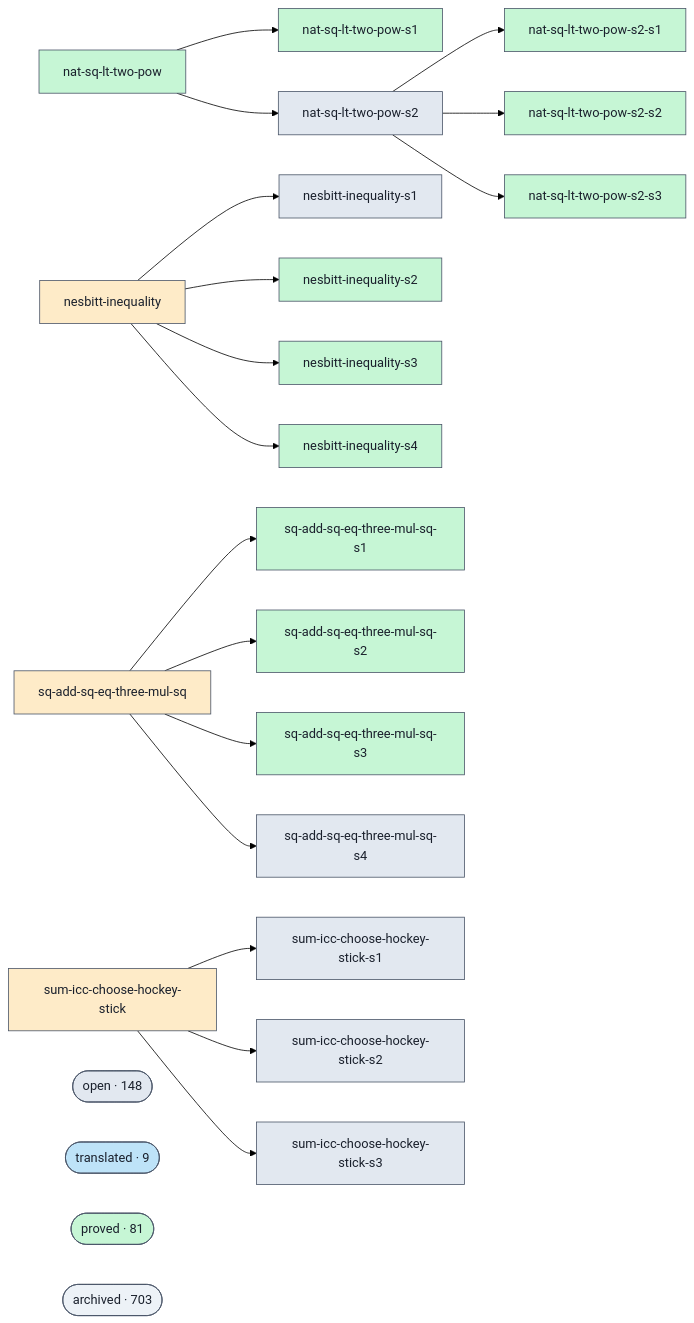
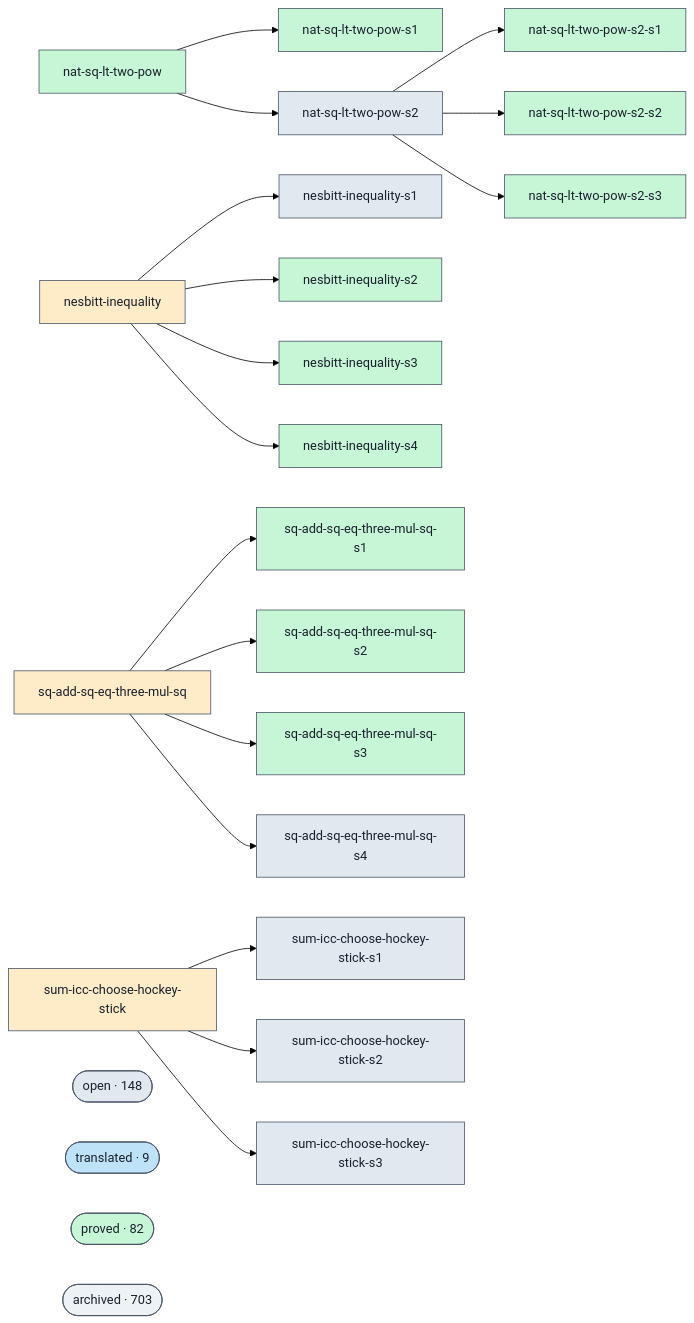
One commit to ohdearquant/unsorry changed the diagram in docs/proofs-contributors-visualisation.md. Above: the diagram before and after it, drawn with Mermaid (forest theme). The commit also changed other lines of this file and 2 other files, not shown here.

```diff
--- a/docs/proofs-contributors-visualisation.md
+++ b/docs/proofs-contributors-visualisation.md
@@ -102,7 +102,7 @@
   class cluster_open open;
   cluster_translated(["translated · 9"])
   class cluster_translated translated;
-  cluster_proved(["proved · 81"])
+  cluster_proved(["proved · 82"])
   class cluster_proved proved;
   cluster_archived(["archived · 703"])
   class cluster_archived unknown;
```
